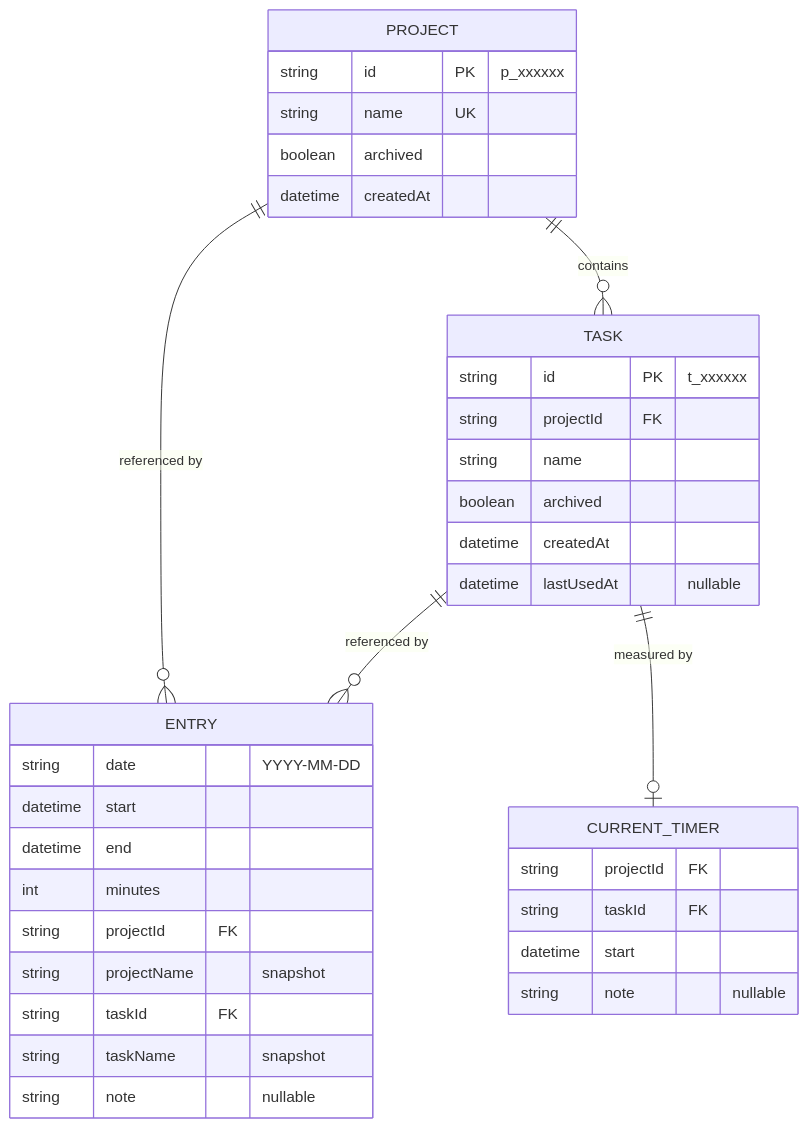
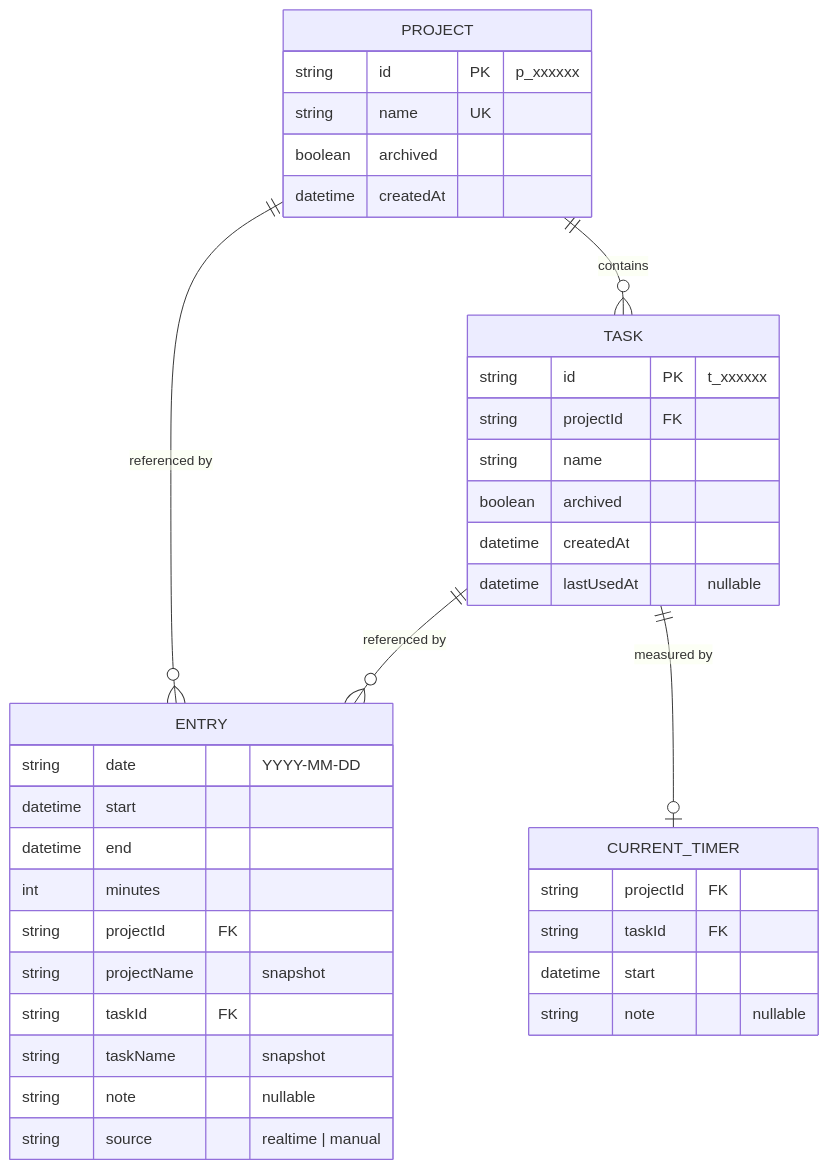
Before and after one commit to nknrysk/claude-code-book-chapter8-test: the second of 7 diagrams in docs/functional-design.md, drawn with Mermaid. The commit also changed other lines of this file and 2 other files, not shown here.

````diff
--- a/docs/functional-design.md
+++ b/docs/functional-design.md
@@ -193,39 +223,40 @@
 ```mermaid
 erDiagram
     PROJECT ||--o{ TASK : contains
     PROJECT ||--o{ ENTRY : "referenced by"
     TASK ||--o{ ENTRY : "referenced by"
     TASK ||--o| CURRENT_TIMER : "measured by"
 
     PROJECT {
         string id PK "p_xxxxxx"
         string name UK
         boolean archived
         datetime createdAt
     }
     TASK {
         string id PK "t_xxxxxx"
         string projectId FK
         string name
         boolean archived
         datetime createdAt
         datetime lastUsedAt "nullable"
     }
     ENTRY {
         string date "YYYY-MM-DD"
         datetime start
         datetime end
         int minutes
         string projectId FK
         string projectName "snapshot"
         string taskId FK
         string taskName "snapshot"
         string note "nullable"
+        string source "realtime | manual"
     }
     CURRENT_TIMER {
         string projectId FK
         string taskId FK
         datetime start
         string note "nullable"
     }
 ```
````
